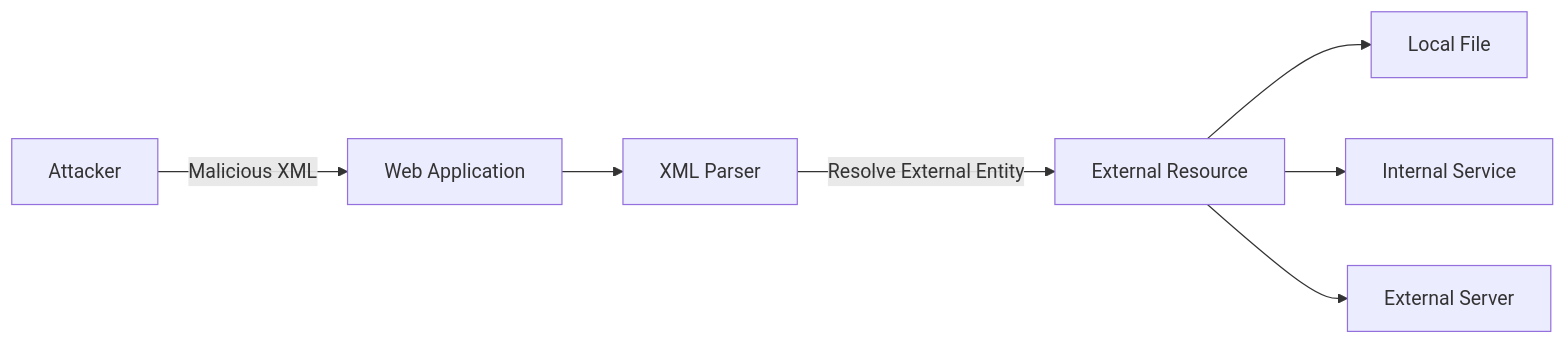
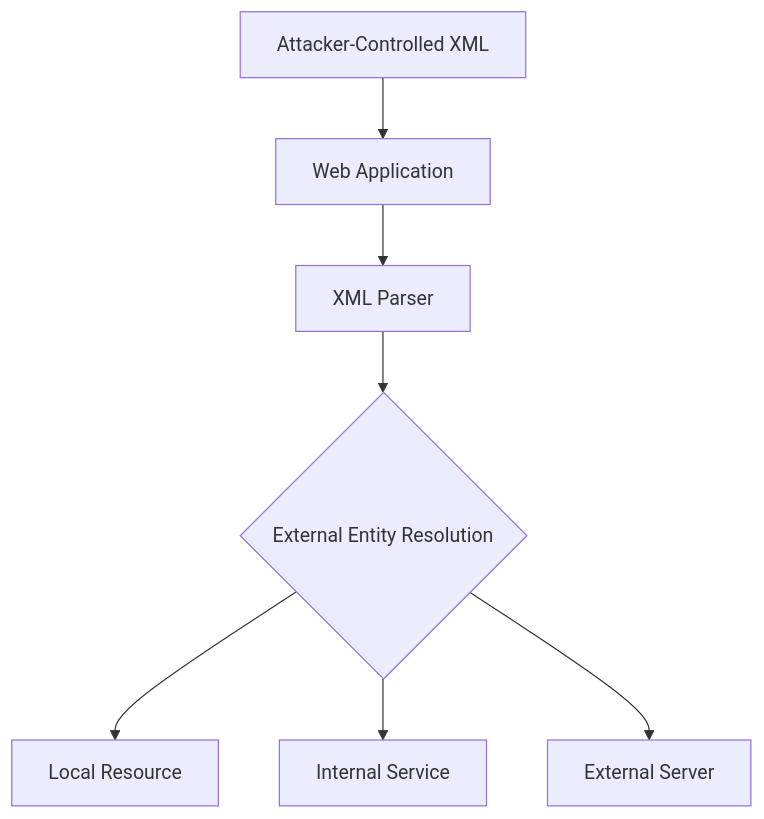
One commit to adolfcna/ATTvDEF changed the first of 9 diagrams in content/Initial Access/OWASP/XML/XXE.md. Above: the diagram before and after it, drawn with Mermaid. The commit also changed other lines of this file and 2 other files, not shown here.

`````diff
--- a/content/Initial Access/OWASP/XML/XXE.md
+++ b/content/Initial Access/OWASP/XML/XXE.md
@@ -252,10 +35,9 @@
 ```mermaid
-flowchart LR
-    A[Attacker] -->|Malicious XML| B[Web Application]
-    B --> C[XML Parser]
-    C -->|Resolve External Entity| D[External Resource]
-
-    D --> E[Local File]
-    D --> F[Internal Service]
-    D --> G[External Server]
-```
+flowchart TD
+    A["Attacker-Controlled XML"] --> B["Web Application"]
+    B --> C["XML Parser"]
+    C --> D{"External Entity Resolution"}
+    D --> E["Local Resource"]
+    D --> F["Internal Service"]
+    D --> G["External Server"]
+````
`````
